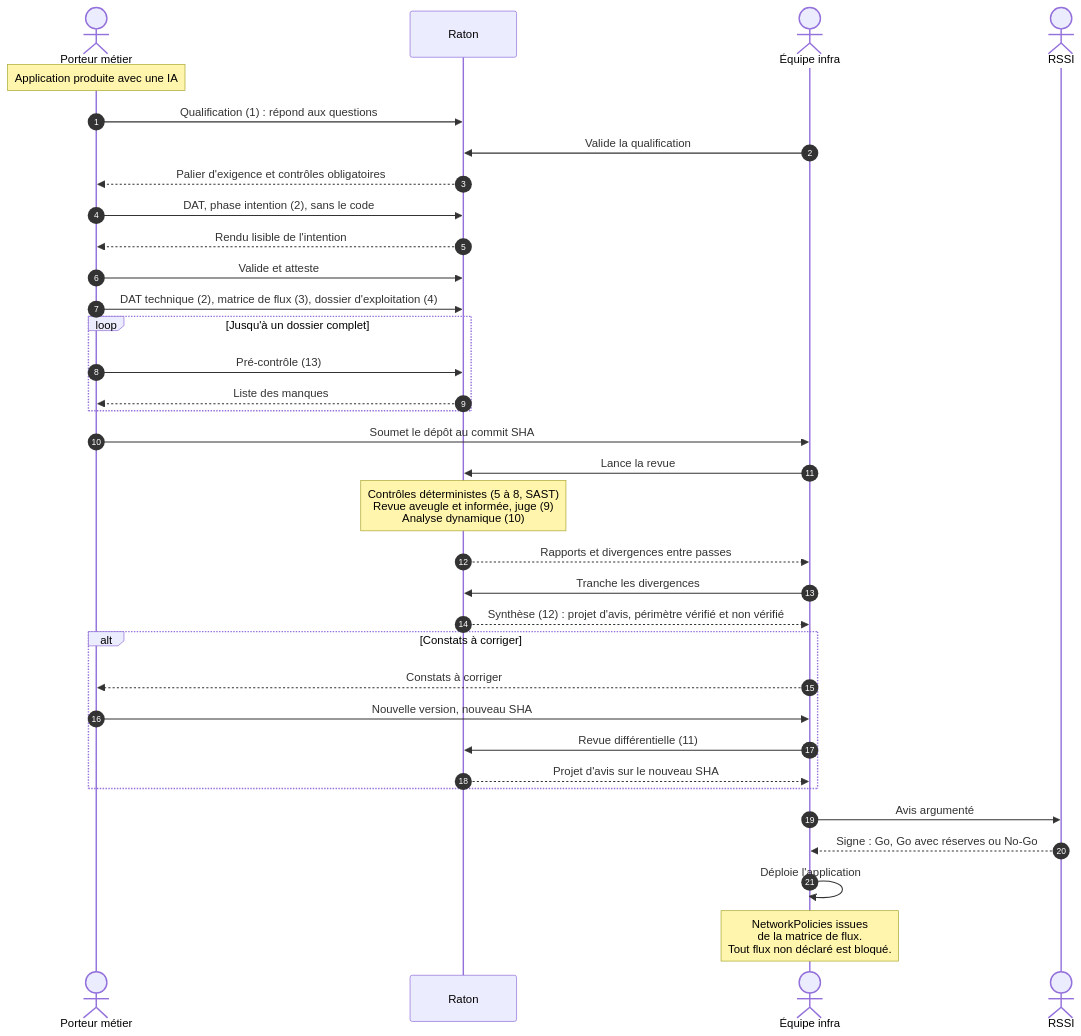
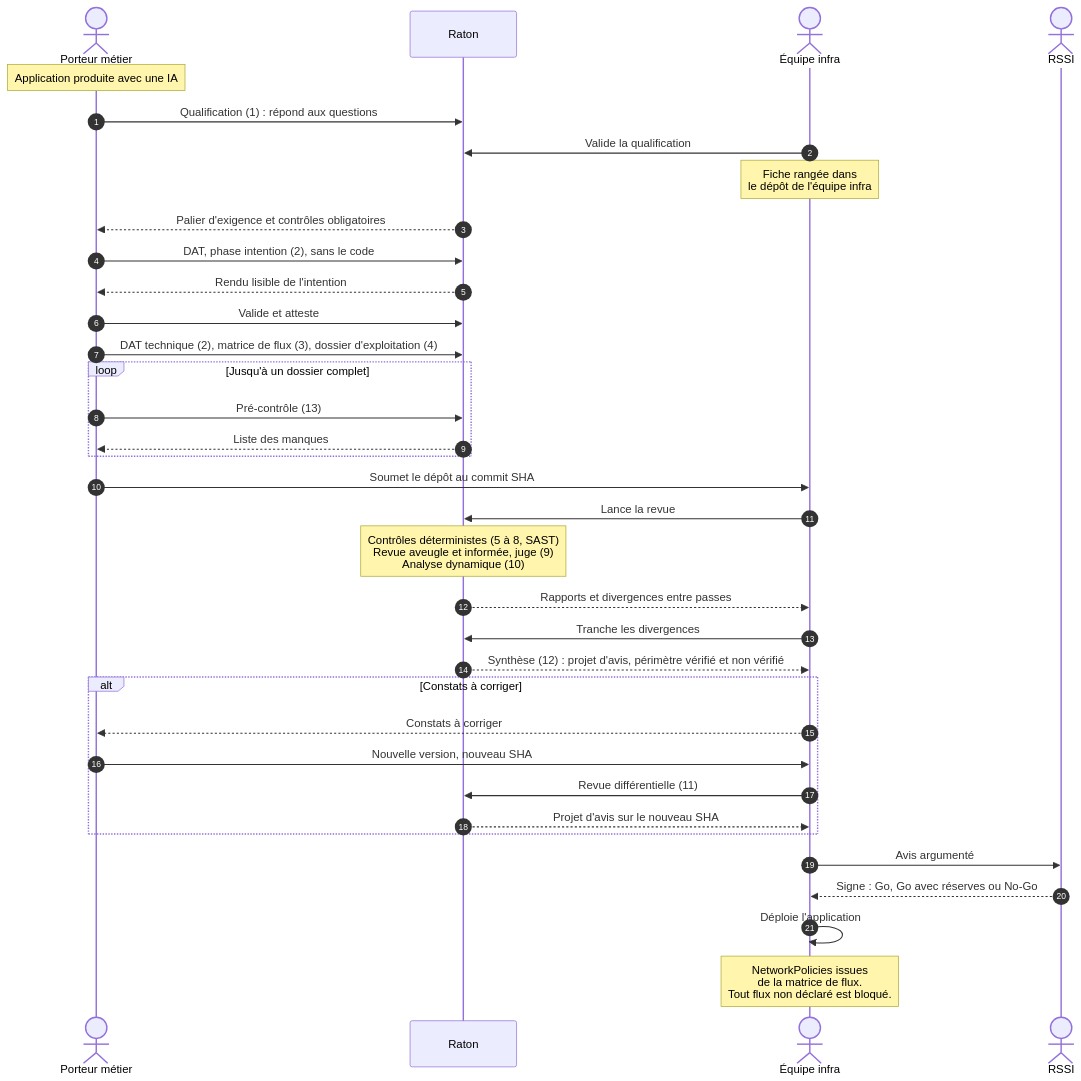
Before and after one commit to Jul0ow/Raton: the second of 5 diagrams in docs/architecture.md, drawn with Mermaid. The commit also changed other lines of this file and 13 other files, not shown here.

````diff
--- a/docs/architecture.md
+++ b/docs/architecture.md
@@ -53,37 +53,38 @@
 ```mermaid
 sequenceDiagram
   autonumber
   actor M as Porteur métier
   participant R as Raton
   actor E as Équipe infra
   actor S as RSSI
 
   Note over M: Application produite avec une IA
   M->>R: Qualification (1) : répond aux questions
   E->>R: Valide la qualification
+  Note over E: Fiche rangée dans<br/>le dépôt de l'équipe infra
   R-->>M: Palier d'exigence et contrôles obligatoires
   M->>R: DAT, phase intention (2), sans le code
   R-->>M: Rendu lisible de l'intention
   M->>R: Valide et atteste
   M->>R: DAT technique (2), matrice de flux (3), dossier d'exploitation (4)
   loop Jusqu'à un dossier complet
     M->>R: Pré-contrôle (13)
     R-->>M: Liste des manques
   end
   M->>E: Soumet le dépôt au commit SHA
   E->>R: Lance la revue
   Note over R: Contrôles déterministes (5 à 8, SAST)<br/>Revue aveugle et informée, juge (9)<br/>Analyse dynamique (10)
   R-->>E: Rapports et divergences entre passes
   E->>R: Tranche les divergences
   R-->>E: Synthèse (12) : projet d'avis, périmètre vérifié et non vérifié
   alt Constats à corriger
     E-->>M: Constats à corriger
     M->>E: Nouvelle version, nouveau SHA
     E->>R: Revue différentielle (11)
     R-->>E: Projet d'avis sur le nouveau SHA
   end
   E->>S: Avis argumenté
   S-->>E: Signe : Go, Go avec réserves ou No-Go
   E->>E: Déploie l'application
   Note over E: NetworkPolicies issues<br/>de la matrice de flux.<br/>Tout flux non déclaré est bloqué.
 ```
````
